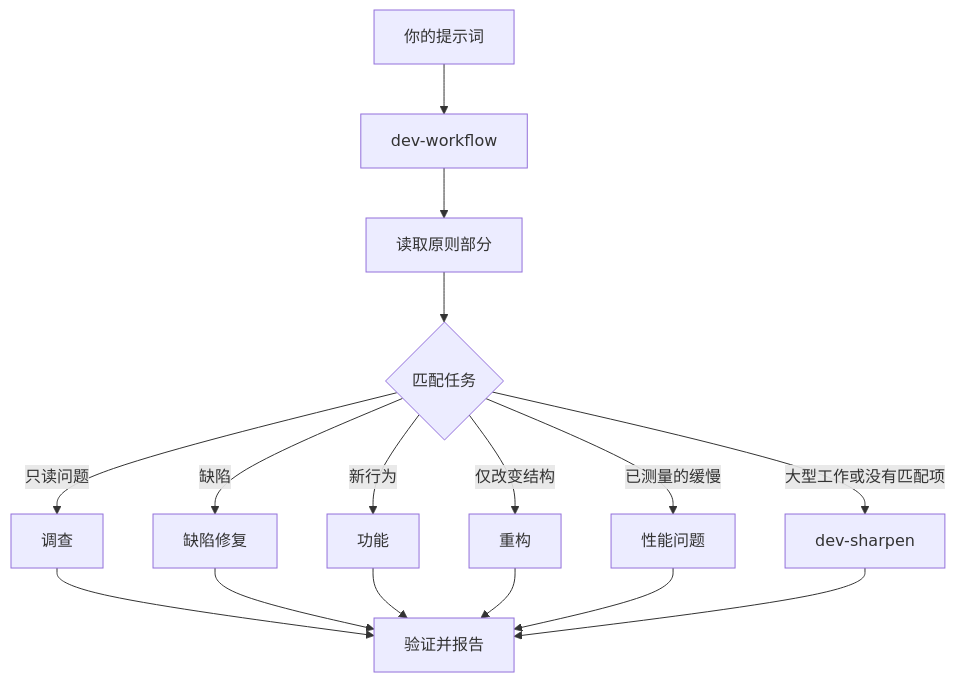
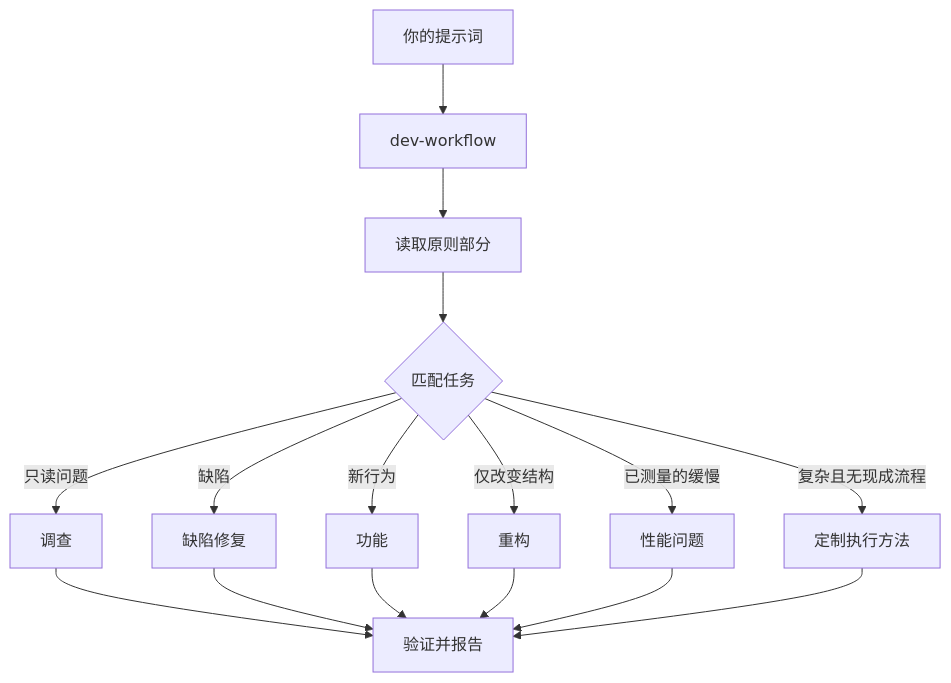
Before and after one commit to NAMEWTA/skills-hub: the diagram in skills/dev/dev-help/references/guide-routing.md, drawn with Mermaid. The commit also changed other lines of this file and 163 other files, not shown here.

````diff
--- a/skills/dev/dev-help/references/guide-routing.md
+++ b/skills/dev/dev-help/references/guide-routing.md
@@ -8,18 +8,18 @@
 ```mermaid
 flowchart TD
     A[你的提示词] --> B[dev-workflow]
     B --> C[读取原则部分]
     C --> D{匹配任务}
     D -->|只读问题| E[调查]
     D -->|缺陷| F[缺陷修复]
     D -->|新行为| G[功能]
     D -->|仅改变结构| H[重构]
     D -->|已测量的缓慢| I[性能问题]
-    D -->|大型工作或没有匹配项| J[dev-sharpen]
+    D -->|复杂且无现成流程| J[定制执行方法]
     E --> K[验证并报告]
     F --> K
     G --> K
     H --> K
     I --> K
     J --> K
 ```
````
